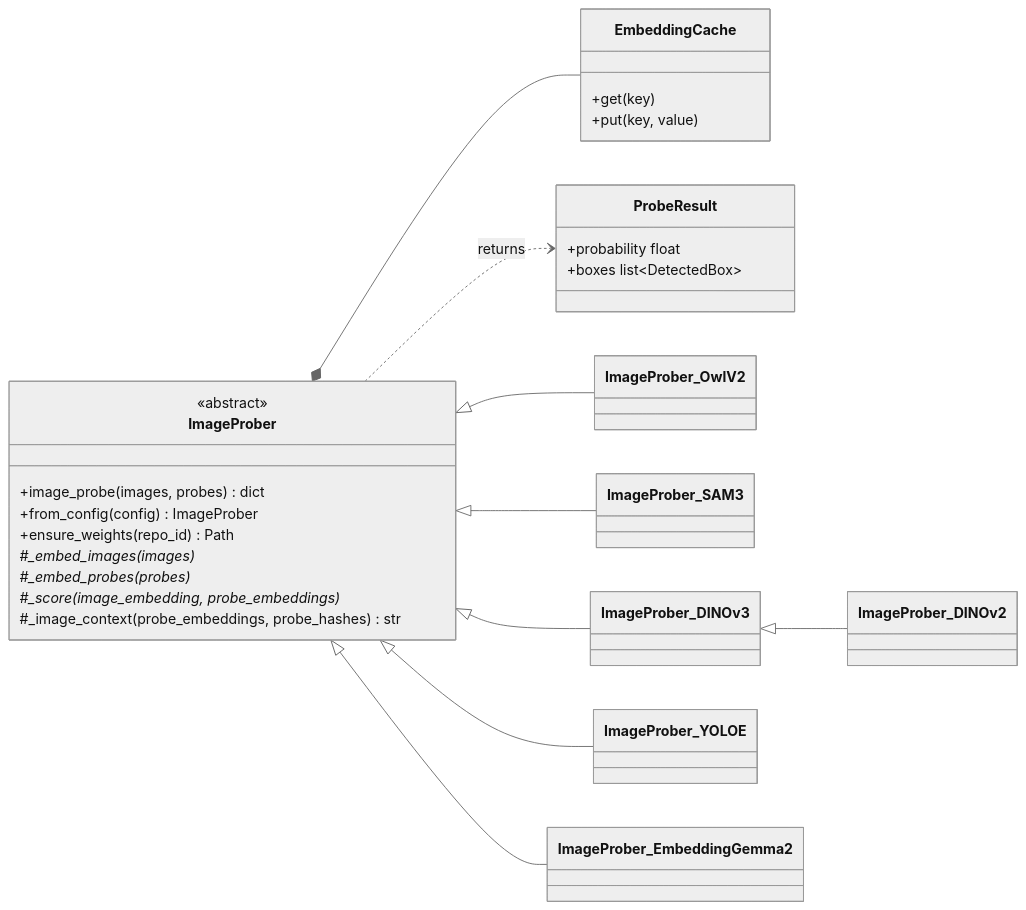
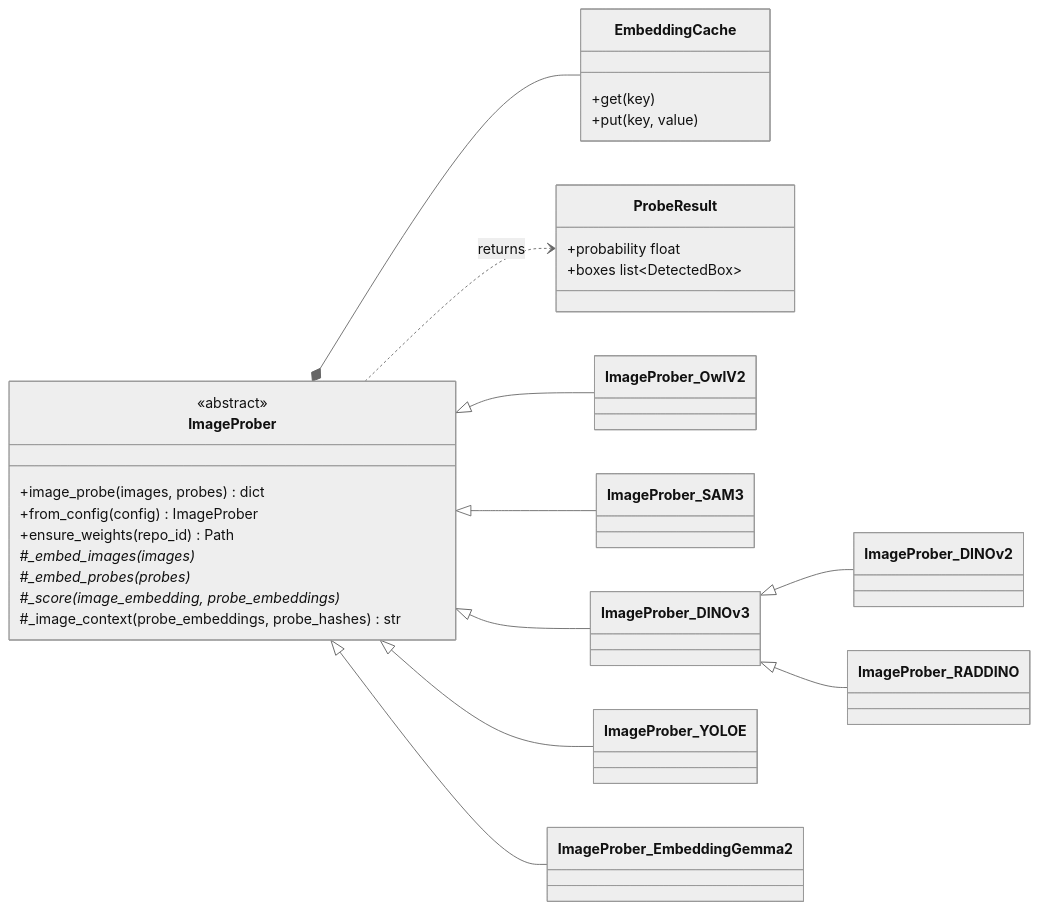
One commit to michael-mayo/autolabelling_via_embeddings changed the diagram in docs/models.md. Above: the diagram before and after it, drawn with Mermaid (neutral theme). The commit also changed other lines of this file and 8 other files, not shown here.

````diff
--- a/docs/models.md
+++ b/docs/models.md
@@ -38,30 +38,31 @@
 ```mermaid
 classDiagram
     direction LR
     class ImageProber {
         <<abstract>>
         +image_probe(images, probes) dict
         +from_config(config) ImageProber
         +ensure_weights(repo_id) Path
         #_embed_images(images)*
         #_embed_probes(probes)*
         #_score(image_embedding, probe_embeddings)*
         #_image_context(probe_embeddings, probe_hashes) str
     }
     class EmbeddingCache {
         +get(key)
         +put(key, value)
     }
     class ProbeResult {
         +probability float
         +boxes list~DetectedBox~
     }
     ImageProber <|-- ImageProber_OwlV2
     ImageProber <|-- ImageProber_SAM3
     ImageProber <|-- ImageProber_DINOv3
     ImageProber <|-- ImageProber_YOLOE
     ImageProber <|-- ImageProber_EmbeddingGemma2
     ImageProber_DINOv3 <|-- ImageProber_DINOv2
+    ImageProber_DINOv3 <|-- ImageProber_RADDINO
     ImageProber *-- EmbeddingCache
     ImageProber ..> ProbeResult : returns
 ```
````
